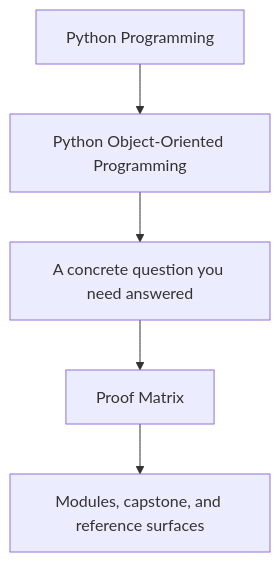
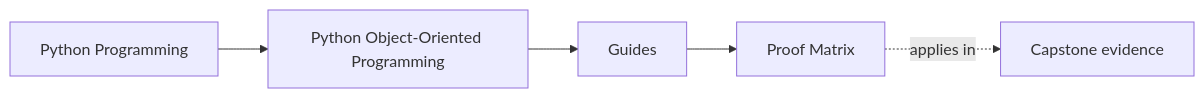
The first of 2 diagrams in programs/python-programming/python-object-oriented-programming/course-book/guides/proof-matrix.md (bijux/bijux-masterclass), drawn with Mermaid before and after one commit. The commit also changed other lines of this file and 65 other files, not shown here.

Commit message:
docs(python-object-oriented-programming): map object model and design foundations

````diff
--- a/programs/python-programming/python-object-oriented-programming/course-book/guides/proof-matrix.md
+++ b/programs/python-programming/python-object-oriented-programming/course-book/guides/proof-matrix.md
@@ -6,7 +6,11 @@
 ```mermaid
-flowchart TD
-  family["Python Programming"] --> program["Python Object-Oriented Programming"]
-  program --> pressure["A concrete question you need answered"]
-  pressure --> guide["Proof Matrix"]
-  guide --> next["Modules, capstone, and reference surfaces"]
+graph LR
+  family["Python Programming"]
+  program["Python Object-Oriented Programming"]
+  section["Guides"]
+  page["Proof Matrix"]
+  capstone["Capstone evidence"]
+
+  family --> program --> section --> page
+  page -.applies in.-> capstone
 ```
````
